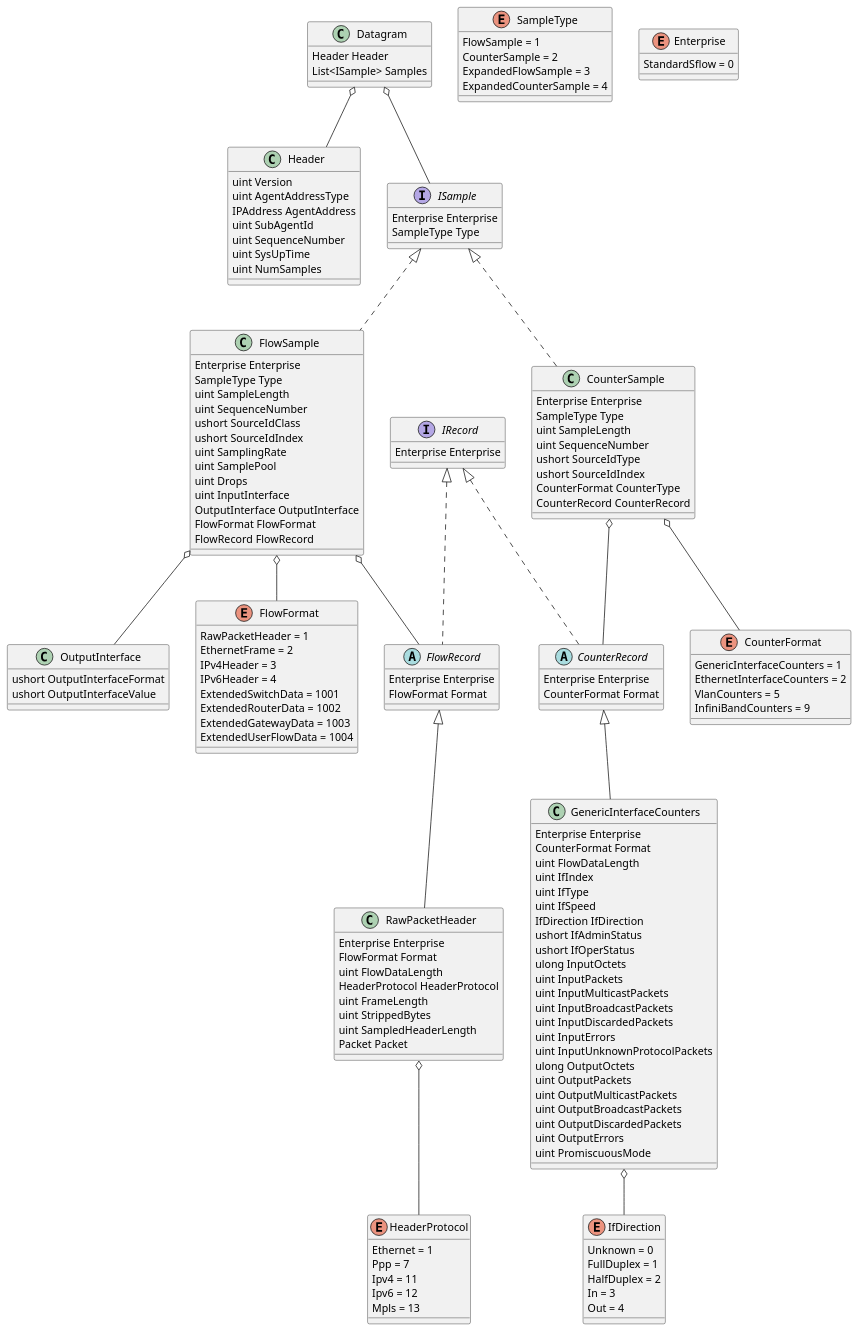
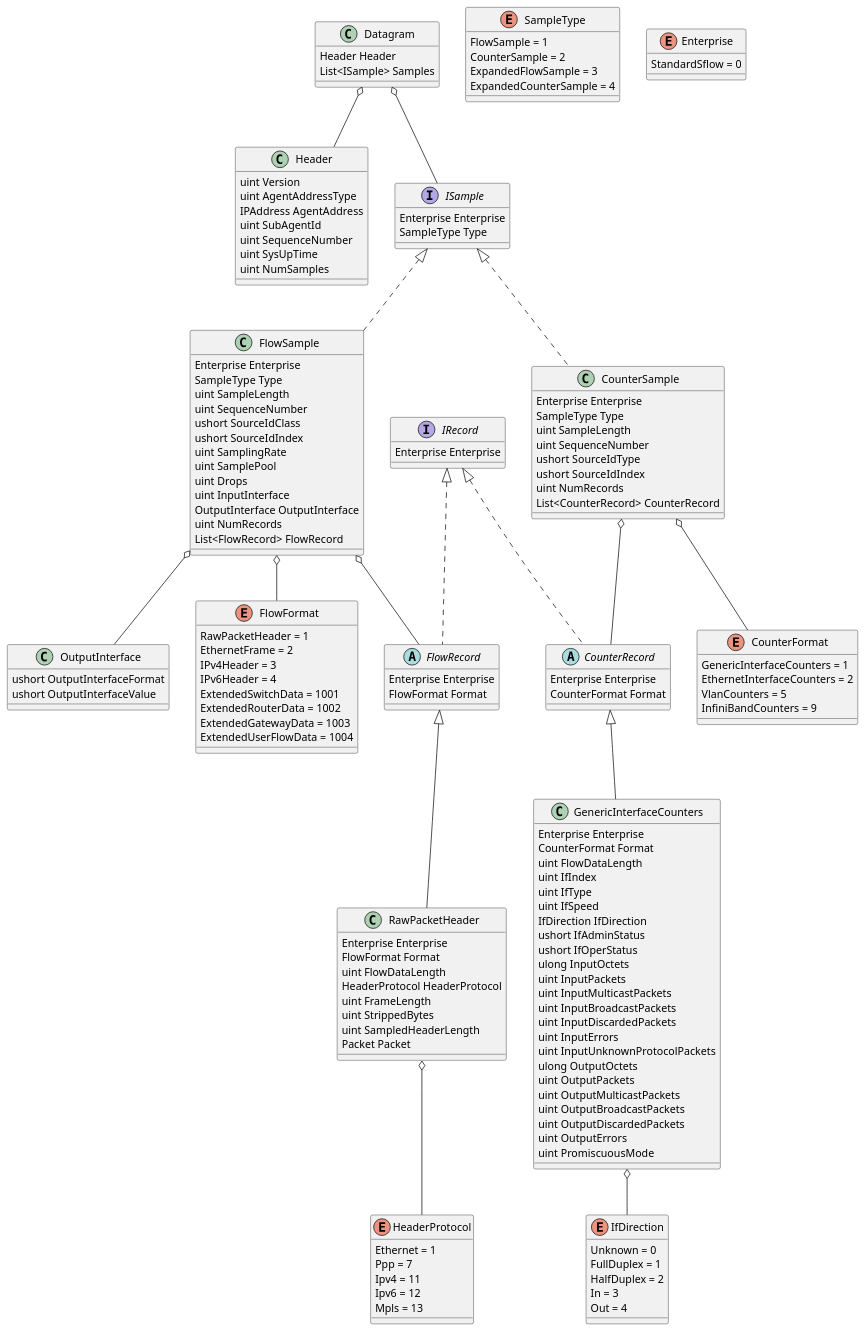
Before and after one commit to TELBC/Netanol: the diagram in Packrat/DotNetFlow/Sflow/sflow.puml, drawn with PlantUML. The commit also changed 1 other file, not shown here.

```diff
--- a/Packrat/DotNetFlow/Sflow/sflow.puml
+++ b/Packrat/DotNetFlow/Sflow/sflow.puml
@@ -1,173 +1,173 @@
 @startuml
 
 class Datagram {
     Header Header
     List<ISample> Samples
 }
 
 class Header {
     uint Version
     uint AgentAddressType
     IPAddress AgentAddress
     uint SubAgentId
     uint SequenceNumber
     uint SysUpTime
     uint NumSamples
 }
 
 interface IRecord {
     Enterprise Enterprise
 }
 
 interface ISample {
     Enterprise Enterprise
     SampleType Type
 }
 
 class FlowSample {
     Enterprise Enterprise
     SampleType Type
     uint SampleLength
     uint SequenceNumber
     ushort SourceIdClass
     ushort SourceIdIndex
     uint SamplingRate
     uint SamplePool
     uint Drops
     uint InputInterface
     OutputInterface OutputInterface
-    FlowFormat FlowFormat
-    FlowRecord FlowRecord
+    uint NumRecords
+    List<FlowRecord> FlowRecord
 }
 
 class OutputInterface {
     ushort OutputInterfaceFormat
     ushort OutputInterfaceValue
 }
 
 class CounterSample {
     Enterprise Enterprise
     SampleType Type
     uint SampleLength
     uint SequenceNumber
     ushort SourceIdType
     ushort SourceIdIndex
-    CounterFormat CounterType
-    CounterRecord CounterRecord
+    uint NumRecords
+    List<CounterRecord> CounterRecord
 }
 
 enum SampleType {
     FlowSample = 1
     CounterSample = 2
     ExpandedFlowSample = 3
     ExpandedCounterSample = 4
 }
 
 enum Enterprise {
     StandardSflow = 0
 }
 
 enum FlowFormat {
     RawPacketHeader = 1
     EthernetFrame = 2
     IPv4Header = 3
     IPv6Header = 4
     ExtendedSwitchData = 1001
     ExtendedRouterData = 1002
     ExtendedGatewayData = 1003
     ExtendedUserFlowData = 1004
 }
 
 enum CounterFormat {
     GenericInterfaceCounters = 1
     EthernetInterfaceCounters = 2
     VlanCounters = 5
     InfiniBandCounters = 9
 }
 
 abstract class FlowRecord {
     Enterprise Enterprise
     FlowFormat Format
 }
 
 abstract class CounterRecord {
     Enterprise Enterprise
     CounterFormat Format
 }
 
 class GenericInterfaceCounters {
     Enterprise Enterprise
     CounterFormat Format
     uint FlowDataLength
     uint IfIndex
     uint IfType
     uint IfSpeed
     IfDirection IfDirection
     ushort IfAdminStatus
     ushort IfOperStatus
     ulong InputOctets
     uint InputPackets
     uint InputMulticastPackets
     uint InputBroadcastPackets
     uint InputDiscardedPackets
     uint InputErrors
     uint InputUnknownProtocolPackets
     ulong OutputOctets
     uint OutputPackets
     uint OutputMulticastPackets
     uint OutputBroadcastPackets
     uint OutputDiscardedPackets
     uint OutputErrors
     uint PromiscuousMode
 }
 
 enum IfDirection {
     Unknown = 0
     FullDuplex = 1
     HalfDuplex = 2
     In = 3
     Out = 4
 }
 
 class RawPacketHeader {
     Enterprise Enterprise
     FlowFormat Format
     uint FlowDataLength
     HeaderProtocol HeaderProtocol
     uint FrameLength
     uint StrippedBytes
     uint SampledHeaderLength
     Packet Packet
 }
 
 enum HeaderProtocol {
     Ethernet = 1
     Ppp = 7
     Ipv4 = 11
     Ipv6 = 12
     Mpls = 13
 }
 
 Datagram o-- Header
 Datagram o-- ISample
 ISample <|.. FlowSample
 ISample <|.. CounterSample
 
 IRecord <|.. FlowRecord
 IRecord <|.. CounterRecord
 
 FlowSample o-- OutputInterface
 FlowSample o-- FlowFormat
 FlowSample o-- FlowRecord
 
 CounterSample o-- CounterFormat
 CounterSample o-- CounterRecord
 
 GenericInterfaceCounters o-- IfDirection
 RawPacketHeader o-- HeaderProtocol
 
 FlowRecord <|-- RawPacketHeader
 
 CounterRecord <|-- GenericInterfaceCounters
 
 @enduml
```
